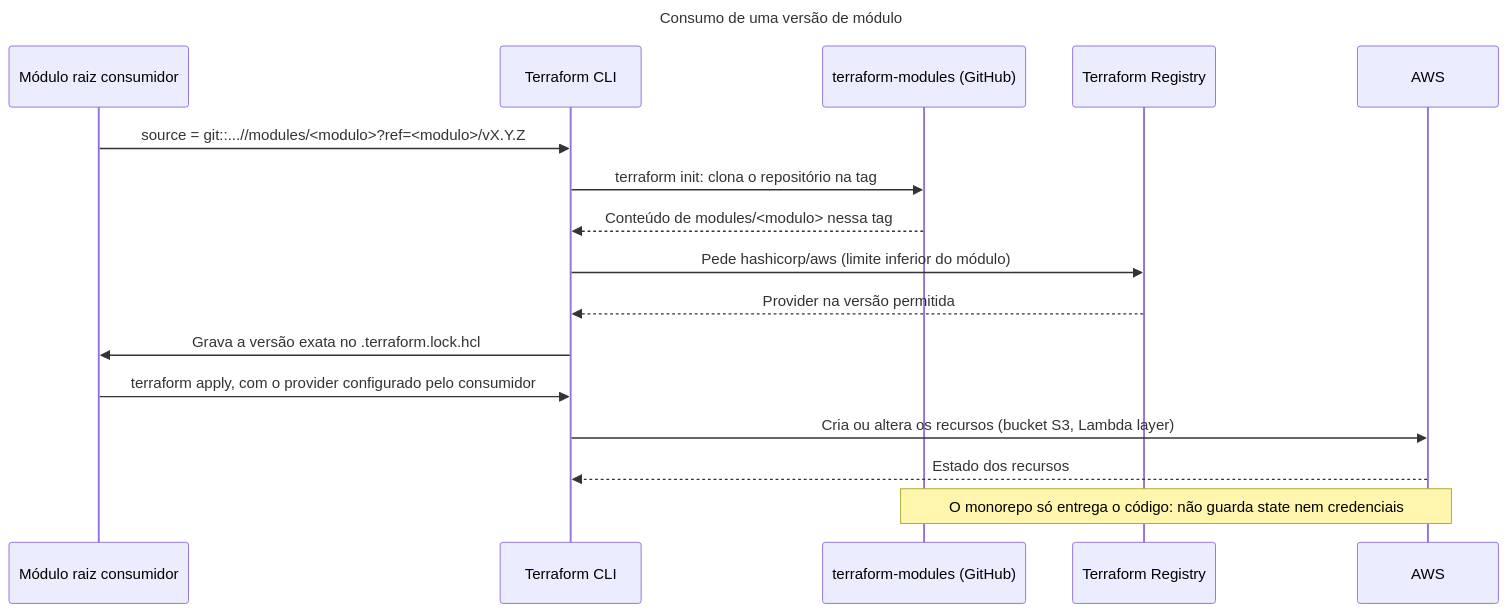
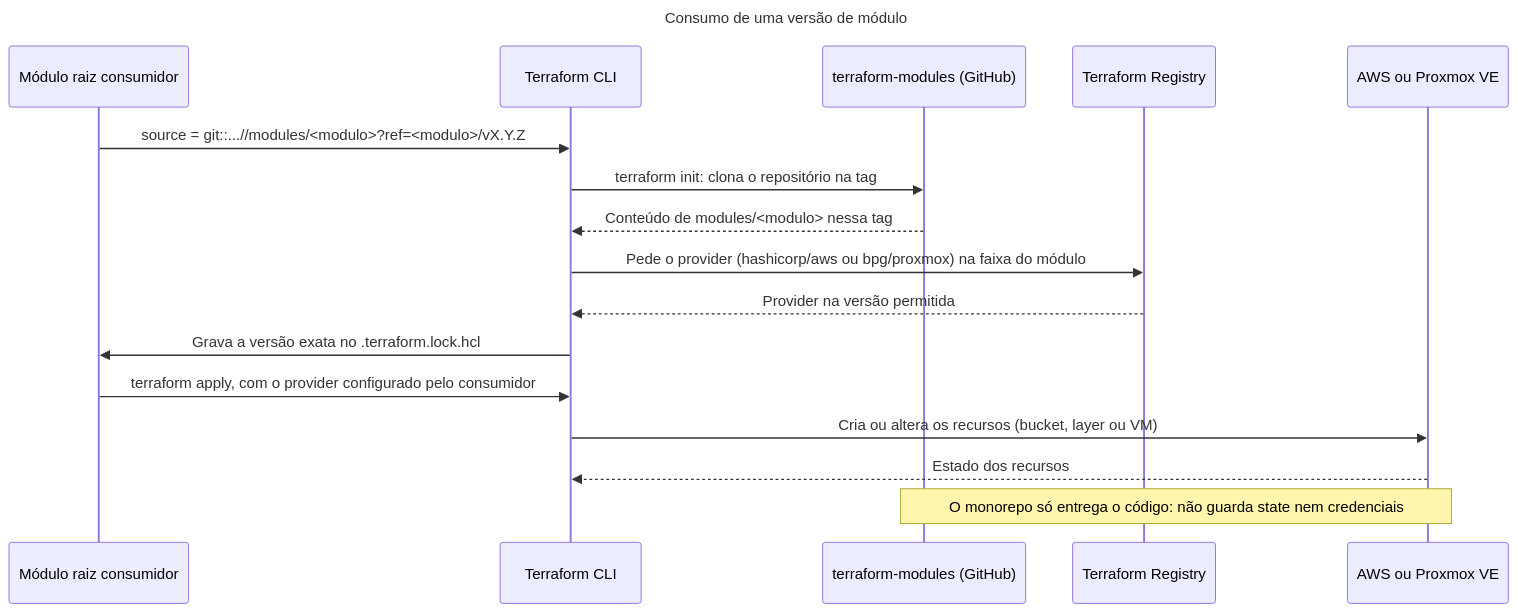
The diagram in docs/arquitetura/monorepo-de-modulos.md (FWesleycosta/terraform-modules), drawn with Mermaid before and after one commit. The commit also changed other lines of this file and 9 other files, not shown here.

Commit message:
docs: recria a documentação com o módulo proxmox e o portal (#18)

````diff
--- a/docs/arquitetura/monorepo-de-modulos.md
+++ b/docs/arquitetura/monorepo-de-modulos.md
@@ -71,24 +91,24 @@
 ```mermaid
 ---
 title: Consumo de uma versão de módulo
 ---
 sequenceDiagram
     accTitle: Como um módulo raiz consome uma versão de módulo do monorepo
-    accDescr: O módulo raiz fixa a tag do módulo no source. No terraform init, o Terraform clona o monorepo do GitHub nessa tag, lê a pasta do módulo e baixa do Terraform Registry os providers que atendem ao limite inferior declarado, registrando a versão exata no lockfile do consumidor. No terraform apply, o provider configurado pelo consumidor cria os recursos na AWS. O monorepo não participa do apply.
+    accDescr: O módulo raiz fixa a tag do módulo no source. No terraform init, o Terraform clona o monorepo nessa tag, lê a pasta do módulo e baixa do Terraform Registry o provider dentro da faixa declarada pelo módulo, registrando a versão exata no lockfile do consumidor. No terraform apply, o provider configurado pelo consumidor cria os recursos na AWS ou no Proxmox VE. O monorepo não participa do apply.
     participant raiz as Módulo raiz consumidor
     participant tf as Terraform CLI
     participant gh as terraform-modules (GitHub)
     participant reg as Terraform Registry
-    participant aws as AWS
+    participant dest as AWS ou Proxmox VE
 
     raiz->>tf: source = git::...//modules/<modulo>?ref=<modulo>/vX.Y.Z
     tf->>gh: terraform init: clona o repositório na tag
     gh-->>tf: Conteúdo de modules/<modulo> nessa tag
-    tf->>reg: Pede hashicorp/aws (limite inferior do módulo)
+    tf->>reg: Pede o provider (hashicorp/aws ou bpg/proxmox) na faixa do módulo
     reg-->>tf: Provider na versão permitida
     tf->>raiz: Grava a versão exata no .terraform.lock.hcl
     raiz->>tf: terraform apply, com o provider configurado pelo consumidor
-    tf->>aws: Cria ou altera os recursos (bucket S3, Lambda layer)
-    aws-->>tf: Estado dos recursos
-    Note over gh,aws: O monorepo só entrega o código: não guarda state nem credenciais
+    tf->>dest: Cria ou altera os recursos (bucket, layer ou VM)
+    dest-->>tf: Estado dos recursos
+    Note over gh,dest: O monorepo só entrega o código: não guarda state nem credenciais
 ```
````
